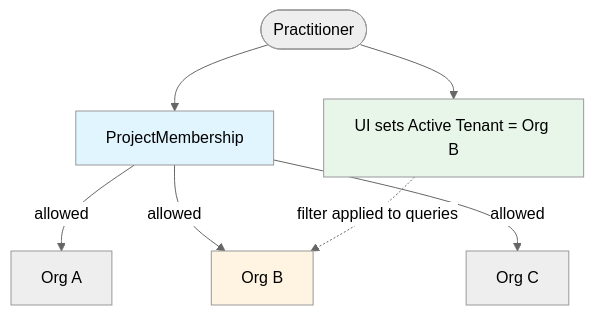
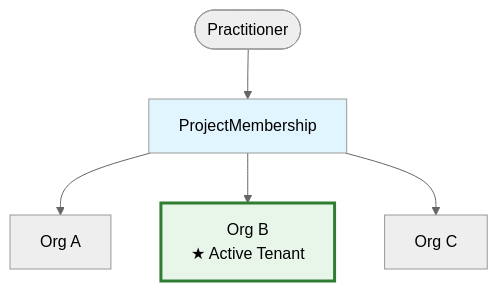
The second of 5 diagrams in packages/docs/docs/access/tenant-selector.mdx (medplum/medplum), drawn with Mermaid before and after one commit. The commit also changed other lines of this file, not shown here.

First line of the commit message:
Polish tenant selector diagrams and table

````diff
--- a/packages/docs/docs/access/tenant-selector.mdx
+++ b/packages/docs/docs/access/tenant-selector.mdx
@@ -58,24 +52,11 @@
 ```mermaid
 %%{init: {'theme': 'neutral' }}%%
 flowchart TB
-    U([Practitioner])
-    PM[ProjectMembership]
-    AT["UI sets Active Tenant = Org B"]
-
-    U --> PM
-    U --> AT
-
-    OA[Org A]
-    OB[Org B]
-    OC[Org C]
-
-    PM -->|allowed| OA
-    PM -->|allowed| OB
-    PM -->|allowed| OC
-
-    AT -.->|"filter applied to queries"| OB
+    U([Practitioner]) --> PM[ProjectMembership]
+    PM --> OA[Org A]
+    PM --> OB["Org B<br/>★ Active Tenant"]
+    PM --> OC[Org C]
 
     style PM fill:#e1f5ff
-    style AT fill:#e8f5e9
-    style OB fill:#fff4e1
+    style OB fill:#e8f5e9,stroke:#2e7d32,stroke-width:3px
 ```
````
